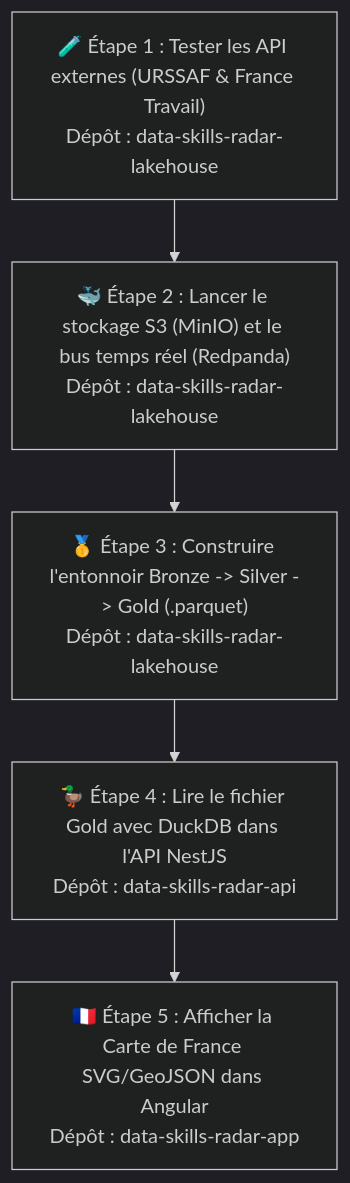
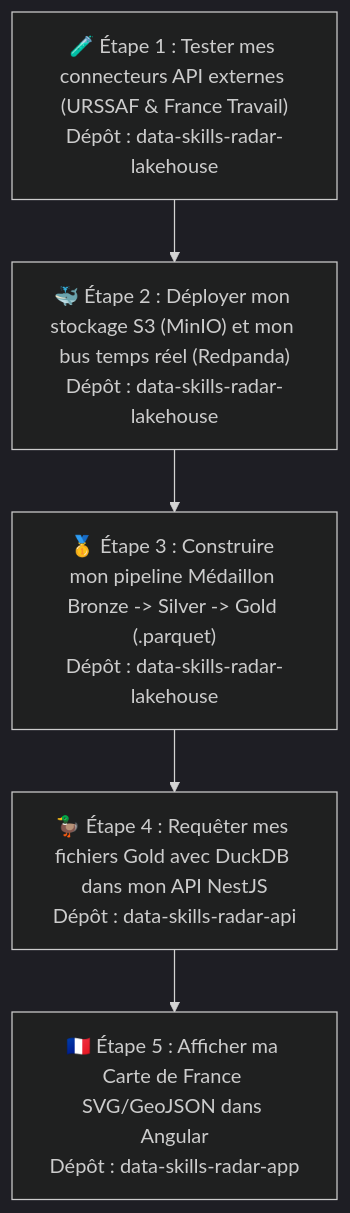
The first of 4 diagrams in docs/lakehouse/03.guide_etape_par_etape.md (Anon31/data-skills-radar-docs), drawn with Mermaid (dark theme) before and after one commit. The commit also changed other lines of this file and 2 other files, not shown here.

Commit message:
docs(lakehouse): mise à jour du guide étape par étape

````diff
--- a/docs/lakehouse/03.guide_etape_par_etape.md
+++ b/docs/lakehouse/03.guide_etape_par_etape.md
@@ -17,10 +18,10 @@
 ```mermaid
 flowchart TD
-    E1["🧪 Étape 1 : Tester les API externes (URSSAF & France Travail)<br/>Dépôt : data-skills-radar-lakehouse"]
-    E2["🐳 Étape 2 : Lancer le stockage S3 (MinIO) et le bus temps réel (Redpanda)<br/>Dépôt : data-skills-radar-lakehouse"]
-    E3["🥇 Étape 3 : Construire l'entonnoir Bronze -> Silver -> Gold (.parquet)<br/>Dépôt : data-skills-radar-lakehouse"]
-    E4["🦆 Étape 4 : Lire le fichier Gold avec DuckDB dans l'API NestJS<br/>Dépôt : data-skills-radar-api"]
-    E5["🇫🇷 Étape 5 : Afficher la Carte de France SVG/GeoJSON dans Angular<br/>Dépôt : data-skills-radar-app"]
+    E1["🧪 Étape 1 : Tester mes connecteurs API externes (URSSAF & France Travail)<br/>Dépôt : data-skills-radar-lakehouse"]
+    E2["🐳 Étape 2 : Déployer mon stockage S3 (MinIO) et mon bus temps réel (Redpanda)<br/>Dépôt : data-skills-radar-lakehouse"]
+    E3["🥇 Étape 3 : Construire mon pipeline Médaillon Bronze -> Silver -> Gold (.parquet)<br/>Dépôt : data-skills-radar-lakehouse"]
+    E4["🦆 Étape 4 : Requêter mes fichiers Gold avec DuckDB dans mon API NestJS<br/>Dépôt : data-skills-radar-api"]
+    E5["🇫🇷 Étape 5 : Afficher ma Carte de France SVG/GeoJSON dans Angular<br/>Dépôt : data-skills-radar-app"]
 
     E1 --> E2 --> E3 --> E4 --> E5
 ```
````
